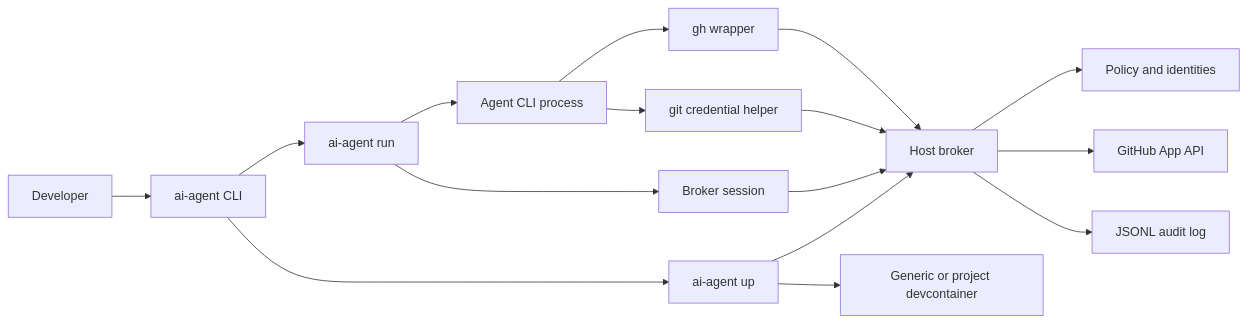
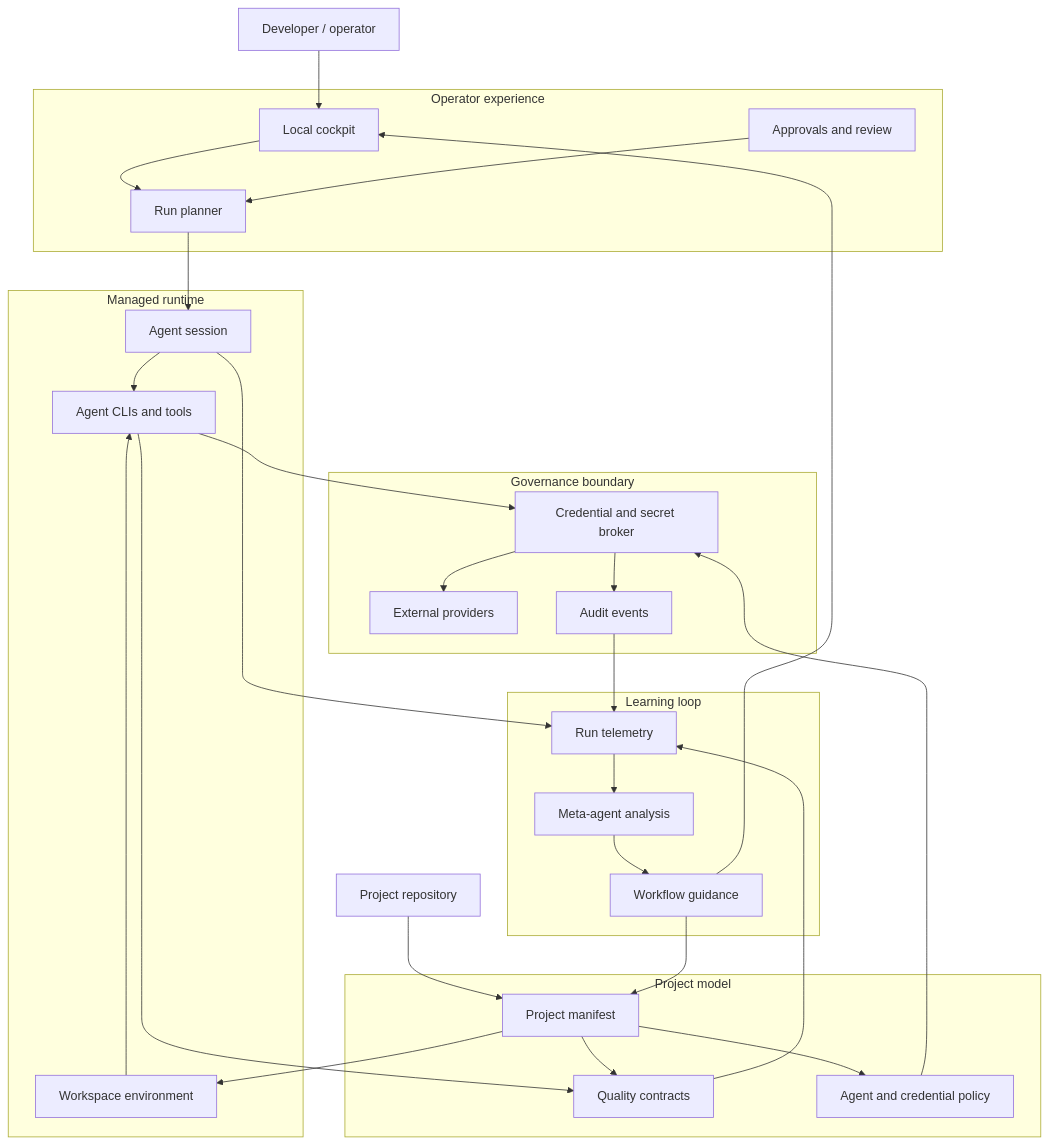
Before and after one commit to maryzam/ai-crew-localdev: the first of 2 diagrams in docs/current-north-star-architecture.md, drawn with Mermaid. The commit also changed other lines of this file and 2 other files, not shown here.

Commit message:
docs: simplify north-star architecture review

````diff
--- a/docs/current-north-star-architecture.md
+++ b/docs/current-north-star-architecture.md
@@ -25,22 +15,61 @@
 ```mermaid
-flowchart LR
-    User[Developer] --> CLI[ai-agent CLI]
-    CLI --> Up[ai-agent up]
-    CLI --> Run[ai-agent run]
+flowchart TB
+    Operator[Developer / operator]
+    Project[Project repository]
 
-    Up --> Broker[Host broker]
-    Up --> Devcontainer[Generic or project devcontainer]
+    subgraph Experience[Operator experience]
+        Cockpit[Local cockpit]
+        Planner[Run planner]
+        Approvals[Approvals and review]
+    end
 
-    Run --> Session[Broker session]
-    Session --> Broker
-    Run --> Agent[Agent CLI process]
+    subgraph ProjectModel[Project model]
+        Manifest[Project manifest]
+        Contracts[Quality contracts]
+        Policy[Agent and credential policy]
+    end
 
-    Agent --> Git[git credential helper]
-    Agent --> Gh[gh wrapper]
-    Git --> Broker
-    Gh --> Broker
+    subgraph Runtime[Managed runtime]
+        Session[Agent session]
+        Workspace[Workspace environment]
+        Agents[Agent CLIs and tools]
+    end
 
-    Broker --> Policy[Policy and identities]
-    Broker --> GitHub[GitHub App API]
-    Broker --> Audit[JSONL audit log]
+    subgraph Governance[Governance boundary]
+        Broker[Credential and secret broker]
+        Providers[External providers]
+        Audit[Audit events]
+    end
+
+    subgraph Intelligence[Learning loop]
+        Telemetry[Run telemetry]
+        Meta[Meta-agent analysis]
+        Guidance[Workflow guidance]
+    end
+
+    Operator --> Cockpit
+    Cockpit --> Planner
+    Planner --> Session
+    Approvals --> Planner
+
+    Project --> Manifest
+    Manifest --> Contracts
+    Manifest --> Policy
+    Manifest --> Workspace
+
+    Session --> Agents
+    Workspace --> Agents
+    Policy --> Broker
+    Agents --> Broker
+    Agents --> Contracts
+
+    Broker --> Providers
+    Broker --> Audit
+    Session --> Telemetry
+    Contracts --> Telemetry
+    Audit --> Telemetry
+    Telemetry --> Meta
+    Meta --> Guidance
+    Guidance --> Manifest
+    Guidance --> Cockpit
 ```
````
